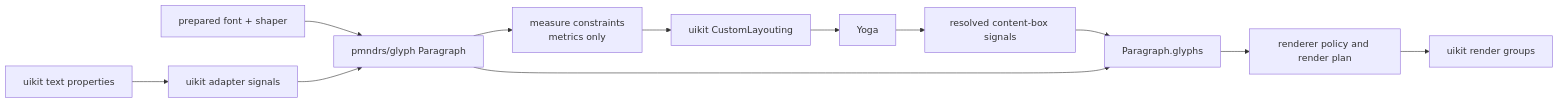
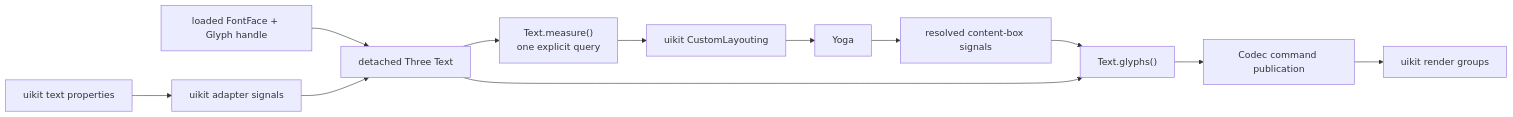
Before and after one commit to pmndrs/glyph: the second of 2 diagrams in .agents/docs/planning/uikit-integration.md, drawn with Mermaid. The commit also changed other lines of this file and 110 other files, not shown here.

````diff
--- a/.agents/docs/planning/uikit-integration.md
+++ b/.agents/docs/planning/uikit-integration.md
@@ -89,13 +91,13 @@
 ```mermaid
 flowchart LR
   Props["uikit text properties"] --> Adapter["uikit adapter signals"]
-  Ready["prepared font + shaper"] --> Paragraph["pmndrs/glyph Paragraph"]
-  Adapter --> Paragraph
-  Paragraph --> Measure["measure constraints<br/>metrics only"]
+  Ready["loaded FontFace + Glyph handle"] --> Text["detached Three Text"]
+  Adapter --> Text
+  Text --> Measure["Text.measure()<br/>one explicit query"]
   Measure --> Custom["uikit CustomLayouting"] --> Yoga
   Yoga --> ContentBox["resolved content-box signals"]
-  ContentBox --> Glyphs["Paragraph.glyphs"]
-  Paragraph --> Glyphs
-  Glyphs --> Batches["renderer policy and render plan"]
+  ContentBox --> Glyphs["Text.glyphs()"]
+  Text --> Glyphs
+  Glyphs --> Batches["Codec command publication"]
   Batches --> uikitRoot["uikit render groups"]
 ```
````
